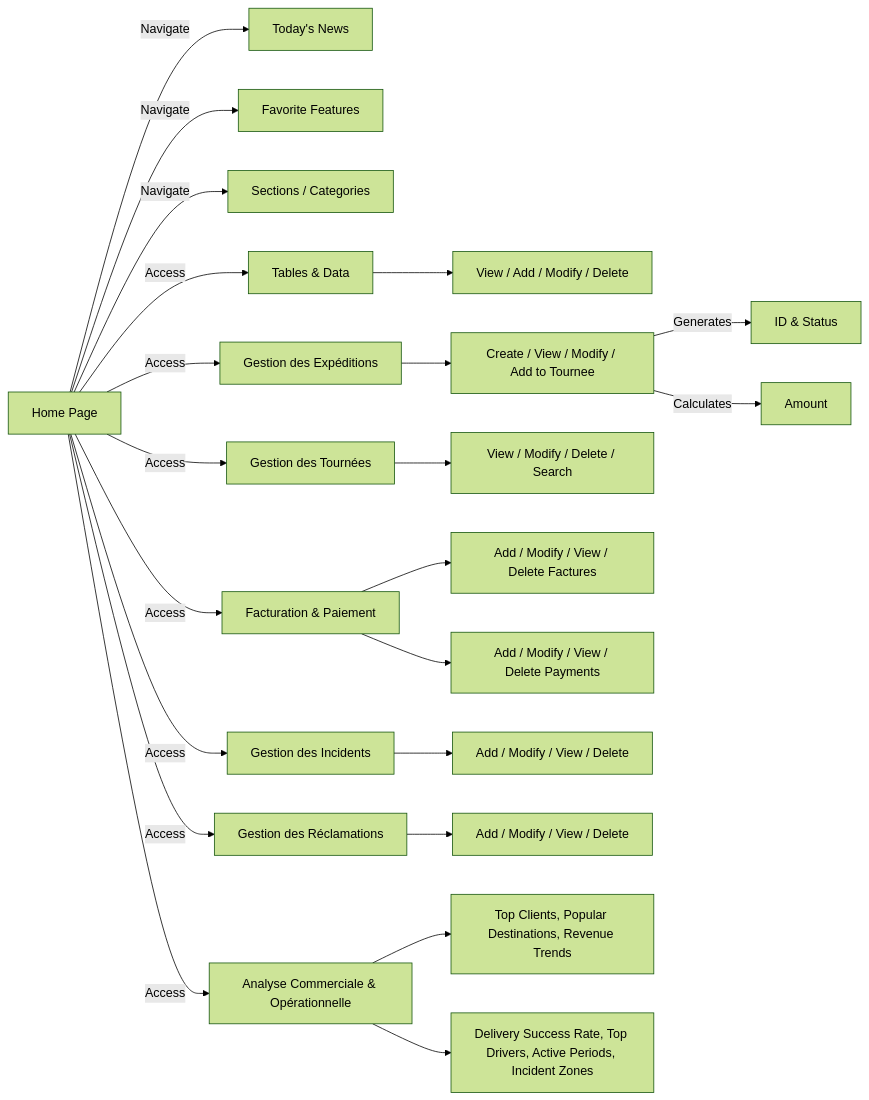
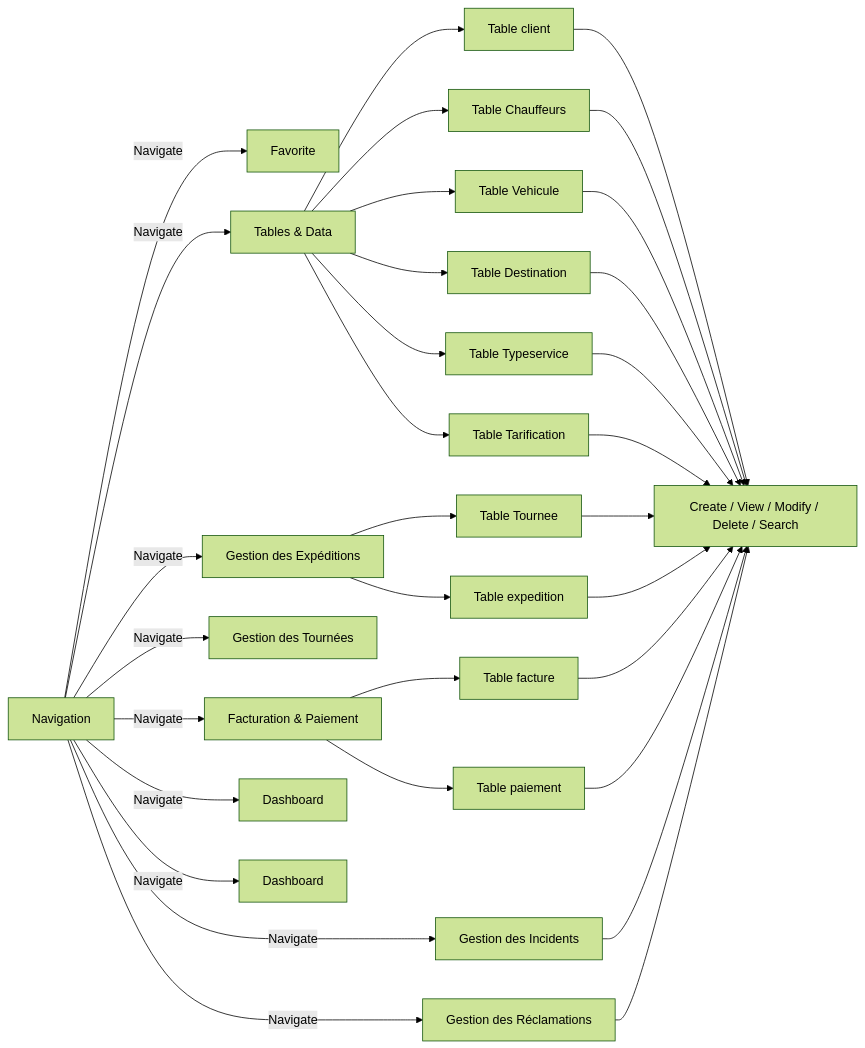
One commit to alaa-bsh/transport-management-system changed the third of 3 diagrams in README.md. Above: the diagram before and after it, drawn with Mermaid (forest theme). The commit also changed other lines of this file, not shown here.

````diff
--- a/README.md
+++ b/README.md
@@ -138,25 +138,35 @@
 ```mermaid
 flowchart LR
-    Home["Home Page"]
-    Home -->|Navigate| News["Today's News"]
-    Home -->|Navigate| Features["Favorite Features"]
-    Home -->|Navigate| Sections["Sections / Categories"]
-    Home -->|Access| TablesData["Tables & Data"]
-    Home -->|Access| Expeditions["Gestion des Expéditions"]
-    Home -->|Access| Tournees["Gestion des Tournées"]
-    Home -->|Access| Facturation["Facturation & Paiement"]
-    Home -->|Access| Incidents["Gestion des Incidents"]
-    Home -->|Access| Reclamations["Gestion des Réclamations"]
-    Home -->|Access| Analyse["Analyse Commerciale & Opérationnelle"]
-    TablesData --> TableOps["View / Add / Modify / Delete"]
-    Expeditions --> ExpeditionOps["Create / View / Modify / Add to Tournee"]
-    ExpeditionOps -->|Generates| ExpeditionID["ID & Status"]
-    ExpeditionOps -->|Calculates| ExpeditionAmount["Amount"]
-    Tournees --> TourneeOps["View / Modify / Delete / Search"]
-    Facturation --> FactureOps["Add / Modify / View / Delete Factures"]
-    Facturation --> PaiementOps["Add / Modify / View / Delete Payments"]
-    Incidents --> IncidentOps["Add / Modify / View / Delete"]
-    Reclamations --> ReclamationOps["Add / Modify / View / Delete"]
-    Analyse --> Commercial["Top Clients, Popular Destinations, Revenue Trends"]
-    Analyse --> Operational["Delivery Success Rate, Top Drivers, Active Periods, Incident Zones"]
+    Navigation["Navigation"]
+    Navigation -->|Navigate| Features["Favorite"]
+    Navigation -->|Navigate| TablesData["Tables & Data"]
+    Navigation -->|Navigate| Expeditions["Gestion des Expéditions"]
+    Navigation -->|Navigate| Tournees["Gestion des Tournées"]
+    Navigation -->|Navigate| Facturation["Facturation & Paiement"]
+    Navigation -->|Navigate| Incidents["Gestion des Incidents"]
+    Navigation -->|Navigate| Reclamations["Gestion des Réclamations"]
+    Navigation -->|Navigate| Analyse["Dashboard"]
+    TablesData --> Client[Table client]
+    TablesData --> Chauffeurs[Table Chauffeurs]
+    TablesData --> Vehicule[Table Vehicule]
+    TablesData --> Destination[Table Destination]
+    TablesData --> Typeservice[Table Typeservice]
+    TablesData --> Tarification[Table Tarification]
+    Client --> Ops
+    Chauffeurs --> Ops
+    Vehicule --> Ops
+    Destination --> Ops
+    Typeservice --> Ops
+    Tarification --> Ops
+    Expeditions --> expedition[Table expedition]
+    Expeditions --> Tournee[Table Tournee]
+    Tournee --> Ops["Create / View / Modify / Delete / Search"]
+    expedition --> Ops["Create / View / Modify / Delete / Search"]
+    Facturation --> facture[Table facture]
+    Facturation --> paiement[Table paiement]
+    facture --> Ops
+    paiement --> Ops
+    Incidents --> Ops
+    Reclamations --> Ops
+    Navigation --> |Navigate|Dashboard[Dashboard]
 ```
````
